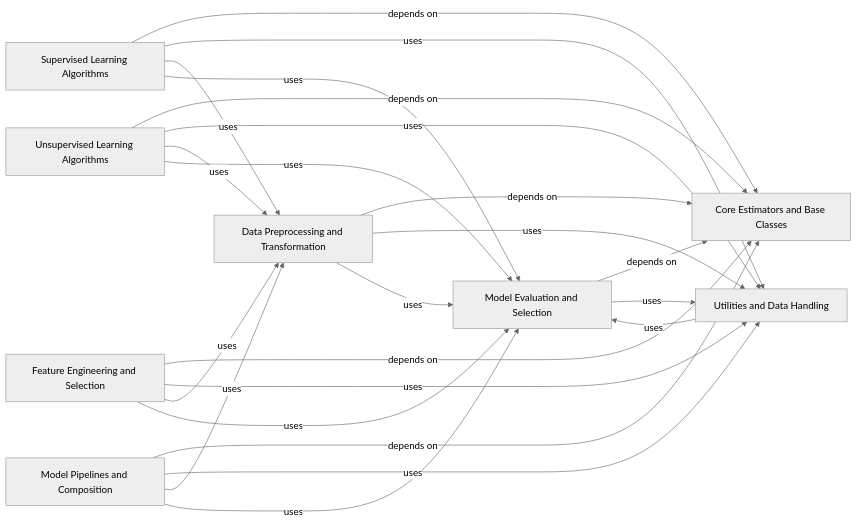
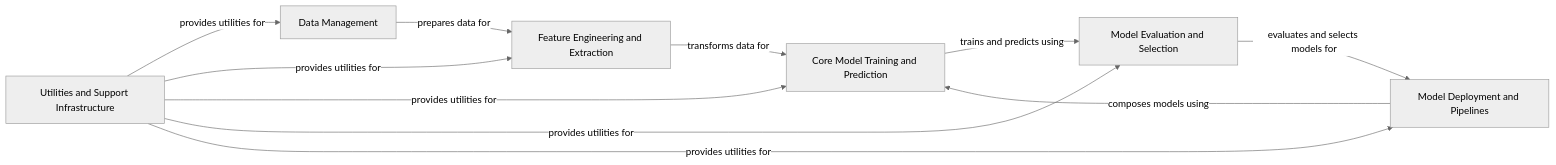
One commit to CodeBoarding/GeneratedOnBoardings changed the diagram in scikit-learn/on_boarding.md. Above: the diagram before and after it, drawn with Mermaid (neutral theme). The commit also changed other lines of this file and 39 other files, not shown here.

Commit message:
Uploading onboarding materials for scikit-learn

````diff
--- a/scikit-learn/on_boarding.md
+++ b/scikit-learn/on_boarding.md
@@ -1,41 +1,25 @@
 ```mermaid
 graph LR
-    Core_Estimators_and_Base_Classes["Core Estimators and Base Classes"]
+    Data_Management["Data Management"]
+    Feature_Engineering_and_Extraction["Feature Engineering and Extraction"]
+    Core_Model_Training_and_Prediction["Core Model Training and Prediction"]
     Model_Evaluation_and_Selection["Model Evaluation and Selection"]
-    Data_Preprocessing_and_Transformation["Data Preprocessing and Transformation"]
-    Supervised_Learning_Algorithms["Supervised Learning Algorithms"]
-    Unsupervised_Learning_Algorithms["Unsupervised Learning Algorithms"]
-    Feature_Engineering_and_Selection["Feature Engineering and Selection"]
-    Model_Pipelines_and_Composition["Model Pipelines and Composition"]
-    Utilities_and_Data_Handling["Utilities and Data Handling"]
-    Model_Evaluation_and_Selection -- "depends on" --> Core_Estimators_and_Base_Classes
-    Data_Preprocessing_and_Transformation -- "depends on" --> Core_Estimators_and_Base_Classes
-    Supervised_Learning_Algorithms -- "depends on" --> Core_Estimators_and_Base_Classes
-    Unsupervised_Learning_Algorithms -- "depends on" --> Core_Estimators_and_Base_Classes
-    Feature_Engineering_and_Selection -- "depends on" --> Core_Estimators_and_Base_Classes
-    Model_Pipelines_and_Composition -- "depends on" --> Core_Estimators_and_Base_Classes
-    Model_Evaluation_and_Selection -- "uses" --> Utilities_and_Data_Handling
-    Data_Preprocessing_and_Transformation -- "uses" --> Utilities_and_Data_Handling
-    Supervised_Learning_Algorithms -- "uses" --> Utilities_and_Data_Handling
-    Unsupervised_Learning_Algorithms -- "uses" --> Utilities_and_Data_Handling
-    Feature_Engineering_and_Selection -- "uses" --> Utilities_and_Data_Handling
-    Model_Pipelines_and_Composition -- "uses" --> Utilities_and_Data_Handling
-    Supervised_Learning_Algorithms -- "uses" --> Data_Preprocessing_and_Transformation
-    Unsupervised_Learning_Algorithms -- "uses" --> Data_Preprocessing_and_Transformation
-    Feature_Engineering_and_Selection -- "uses" --> Data_Preprocessing_and_Transformation
-    Model_Pipelines_and_Composition -- "uses" --> Data_Preprocessing_and_Transformation
-    Supervised_Learning_Algorithms -- "uses" --> Model_Evaluation_and_Selection
-    Unsupervised_Learning_Algorithms -- "uses" --> Model_Evaluation_and_Selection
-    Feature_Engineering_and_Selection -- "uses" --> Model_Evaluation_and_Selection
-    Utilities_and_Data_Handling -- "uses" --> Model_Evaluation_and_Selection
-    Model_Pipelines_and_Composition -- "uses" --> Model_Evaluation_and_Selection
-    Data_Preprocessing_and_Transformation -- "uses" --> Model_Evaluation_and_Selection
-    click Core_Estimators_and_Base_Classes href "https://github.com/CodeBoarding/GeneratedOnBoardings/blob/main/scikit-learn/Core Estimators and Base Classes.md" "Details"
+    Model_Deployment_and_Pipelines["Model Deployment and Pipelines"]
+    Utilities_and_Support_Infrastructure["Utilities and Support Infrastructure"]
+    Data_Management -- "prepares data for" --> Feature_Engineering_and_Extraction
+    Feature_Engineering_and_Extraction -- "transforms data for" --> Core_Model_Training_and_Prediction
+    Core_Model_Training_and_Prediction -- "trains and predicts using" --> Model_Evaluation_and_Selection
+    Model_Evaluation_and_Selection -- "evaluates and selects models for" --> Model_Deployment_and_Pipelines
+    Model_Deployment_and_Pipelines -- "composes models using" --> Core_Model_Training_and_Prediction
+    Utilities_and_Support_Infrastructure -- "provides utilities for" --> Data_Management
+    Utilities_and_Support_Infrastructure -- "provides utilities for" --> Feature_Engineering_and_Extraction
+    Utilities_and_Support_Infrastructure -- "provides utilities for" --> Core_Model_Training_and_Prediction
+    Utilities_and_Support_Infrastructure -- "provides utilities for" --> Model_Evaluation_and_Selection
+    Utilities_and_Support_Infrastructure -- "provides utilities for" --> Model_Deployment_and_Pipelines
+    click Data_Management href "https://github.com/CodeBoarding/GeneratedOnBoardings/blob/main/scikit-learn/Data Management.md" "Details"
+    click Feature_Engineering_and_Extraction href "https://github.com/CodeBoarding/GeneratedOnBoardings/blob/main/scikit-learn/Feature Engineering and Extraction.md" "Details"
+    click Core_Model_Training_and_Prediction href "https://github.com/CodeBoarding/GeneratedOnBoardings/blob/main/scikit-learn/Core Model Training and Prediction.md" "Details"
     click Model_Evaluation_and_Selection href "https://github.com/CodeBoarding/GeneratedOnBoardings/blob/main/scikit-learn/Model Evaluation and Selection.md" "Details"
-    click Data_Preprocessing_and_Transformation href "https://github.com/CodeBoarding/GeneratedOnBoardings/blob/main/scikit-learn/Data Preprocessing and Transformation.md" "Details"
-    click Supervised_Learning_Algorithms href "https://github.com/CodeBoarding/GeneratedOnBoardings/blob/main/scikit-learn/Supervised Learning Algorithms.md" "Details"
-    click Unsupervised_Learning_Algorithms href "https://github.com/CodeBoarding/GeneratedOnBoardings/blob/main/scikit-learn/Unsupervised Learning Algorithms.md" "Details"
-    click Feature_Engineering_and_Selection href "https://github.com/CodeBoarding/GeneratedOnBoardings/blob/main/scikit-learn/Feature Engineering and Selection.md" "Details"
-    click Model_Pipelines_and_Composition href "https://github.com/CodeBoarding/GeneratedOnBoardings/blob/main/scikit-learn/Model Pipelines and Composition.md" "Details"
-    click Utilities_and_Data_Handling href "https://github.com/CodeBoarding/GeneratedOnBoardings/blob/main/scikit-learn/Utilities and Data Handling.md" "Details"
+    click Model_Deployment_and_Pipelines href "https://github.com/CodeBoarding/GeneratedOnBoardings/blob/main/scikit-learn/Model Deployment and Pipelines.md" "Details"
+    click Utilities_and_Support_Infrastructure href "https://github.com/CodeBoarding/GeneratedOnBoardings/blob/main/scikit-learn/Utilities and Support Infrastructure.md" "Details"
 ```
````
